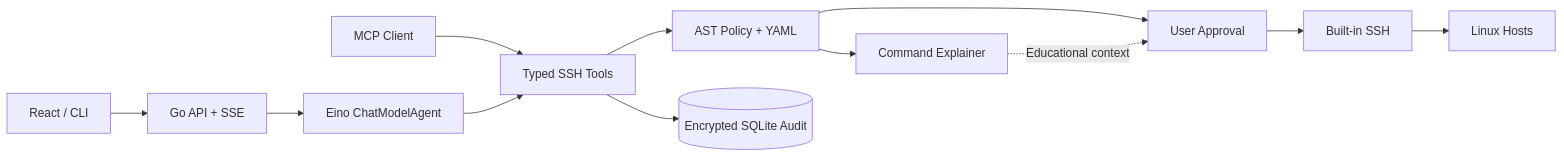
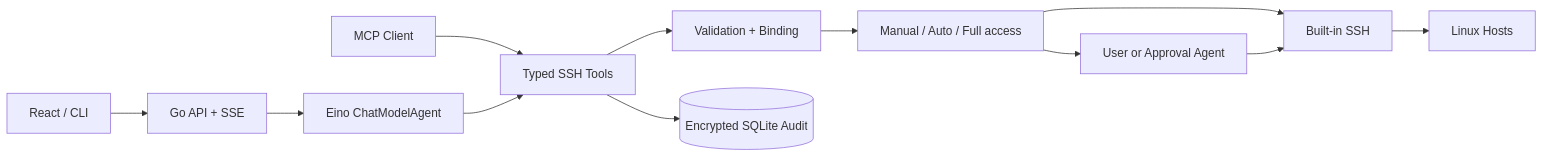
The diagram in README.md (Enterpr1se0/OpsNerva), drawn with Mermaid before and after one commit. The commit also changed other lines of this file and 87 other files, not shown here.

````diff
--- a/README.md
+++ b/README.md
@@ -18,14 +18,14 @@
 ```mermaid
 flowchart LR
     UI[React / CLI] --> API[Go API + SSE]
     API --> Eino[Eino ChatModelAgent]
     MCP[MCP Client] --> Tools[Typed SSH Tools]
     Eino --> Tools
-    Tools --> Policy[AST Policy + YAML]
-    Policy --> Approval[User Approval]
-    Policy --> Explain[Command Explainer]
-    Explain -. Educational context .-> Approval
-    Approval --> SSH[Built-in SSH]
+    Tools --> Validate[Validation + Binding]
+    Validate --> Mode[Manual / Auto / Full access]
+    Mode --> Approval[User or Approval Agent]
+    Mode --> SSH[Built-in SSH]
+    Approval --> SSH
     SSH --> Host[Linux Hosts]
     Tools --> Audit[(Encrypted SQLite Audit)]
 ```
````
